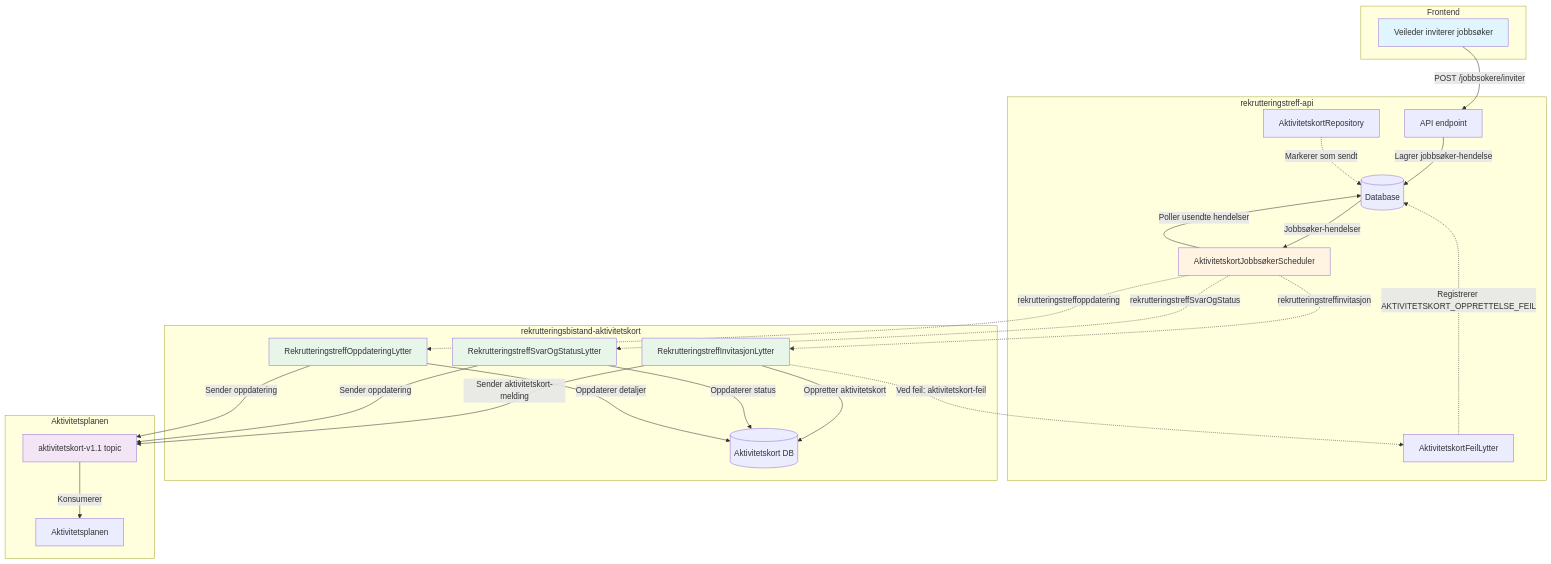
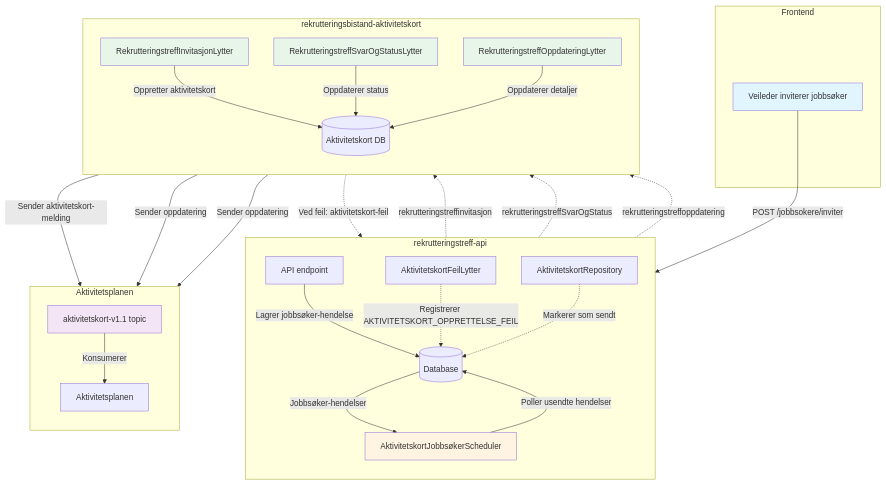
One commit to navikt/rekrutteringstreff-backend changed the diagram in docs/4-integrasjoner/aktivitetskort.md. Above: the diagram before and after it, drawn with Mermaid.

Commit message:
aktivitetskort dok, gi bedre plass i diagrammet

````diff
--- a/docs/4-integrasjoner/aktivitetskort.md
+++ b/docs/4-integrasjoner/aktivitetskort.md
@@ -11,67 +11,64 @@
 ```mermaid
-graph TB
+flowchart TD
     subgraph Frontend
         UI[Veileder inviterer jobbsøker]
     end
 
     subgraph "rekrutteringstreff-api"
+        direction TB
         API[API endpoint]
         DB[(Database)]
         Scheduler[AktivitetskortJobbsøkerScheduler]
         Repo[AktivitetskortRepository]
         FeilLytter[AktivitetskortFeilLytter]
     end
 
     subgraph "rekrutteringsbistand-aktivitetskort"
+        direction TB
         InvLytter[RekrutteringstreffInvitasjonLytter]
         SvarLytter[RekrutteringstreffSvarOgStatusLytter]
         OppdLytter[RekrutteringstreffOppdateringLytter]
         AktDB[(Aktivitetskort DB)]
     end
 
     subgraph "Aktivitetsplanen"
+        direction TB
         AKTopic[aktivitetskort-v1.1 topic]
         Aktivitetsplan[Aktivitetsplanen]
     end
 
     UI -->|POST /jobbsokere/inviter| API
     API -->|Lagrer jobbsøker-hendelse| DB
 
     Scheduler -->|Poller usendte hendelser| DB
     DB -->|Jobbsøker-hendelser| Scheduler
 
     %% Kafka-flyt (Rapids & Rivers)
     %% Stiplet linje indikerer asynkron kommunikasjon via Kafka
     Scheduler -.->|rekrutteringstreffinvitasjon| InvLytter
     Scheduler -.->|rekrutteringstreffSvarOgStatus| SvarLytter
     Scheduler -.->|rekrutteringstreffoppdatering| OppdLytter
 
     InvLytter -->|Oppretter aktivitetskort| AktDB
     InvLytter -->|Sender aktivitetskort-melding| AKTopic
 
     SvarLytter -->|Oppdaterer status| AktDB
     SvarLytter -->|Sender oppdatering| AKTopic
 
     OppdLytter -->|Oppdaterer detaljer| AktDB
     OppdLytter -->|Sender oppdatering| AKTopic
 
     AKTopic -->|Konsumerer| Aktivitetsplan
 
     InvLytter -.->|Ved feil: aktivitetskort-feil| FeilLytter
     FeilLytter -.->|Registrerer AKTIVITETSKORT_OPPRETTELSE_FEIL| DB
 
     Repo -.->|Markerer som sendt| DB
 
-    %% Tvungen layout: Sørg for at boksene havner under hverandre
-    UI ~~~ API
-    API ~~~ Scheduler
-    Scheduler ~~~ InvLytter
-    InvLytter ~~~ AKTopic
-
     style UI fill:#e1f5ff
     style Scheduler fill:#fff4e1
     style InvLytter fill:#e8f5e9
     style SvarLytter fill:#e8f5e9
     style OppdLytter fill:#e8f5e9
     style AKTopic fill:#f3e5f5
 ```
````
